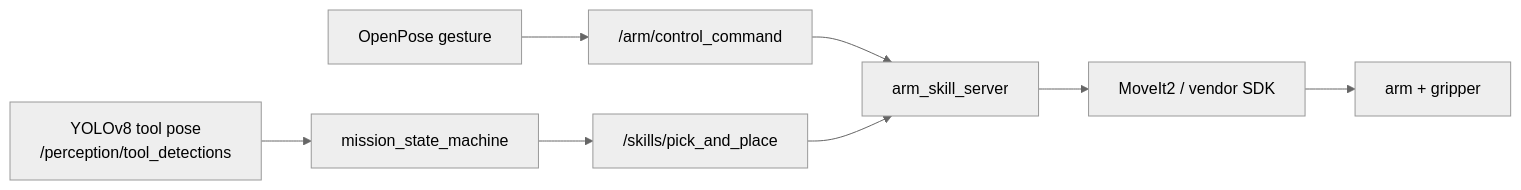
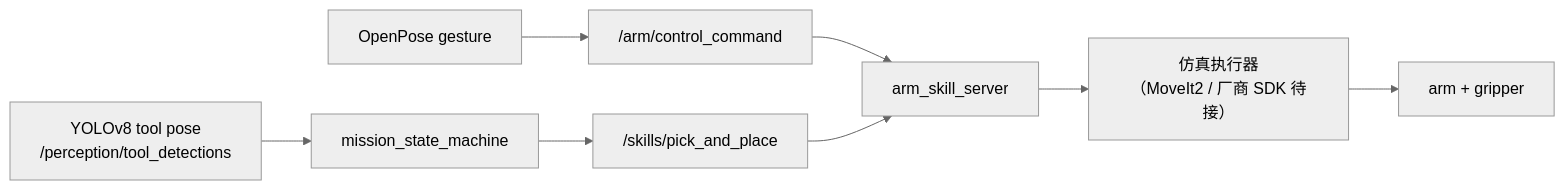
Before and after one commit to terrense/ros2-multimodal-robot-collab: the third of 5 diagrams in README.md, drawn with Mermaid (neutral theme). The commit also changed other lines of this file and 2 other files, not shown here.

````diff
--- a/README.md
+++ b/README.md
@@ -162,10 +330,10 @@
 ```mermaid
 flowchart LR
   yolo["YOLOv8 tool pose<br/>/perception/tool_detections"] --> mission["mission_state_machine"]
   mission --> pick["/skills/pick_and_place"]
   openpose["OpenPose gesture"] --> command["/arm/control_command"]
   command --> arm_skill["arm_skill_server"]
   pick --> arm_skill
-  arm_skill --> planner["MoveIt2 / vendor SDK"]
+  arm_skill --> planner["仿真执行器<br/>（MoveIt2 / 厂商 SDK 待接）"]
   planner --> arm["arm + gripper"]
 ```
````
